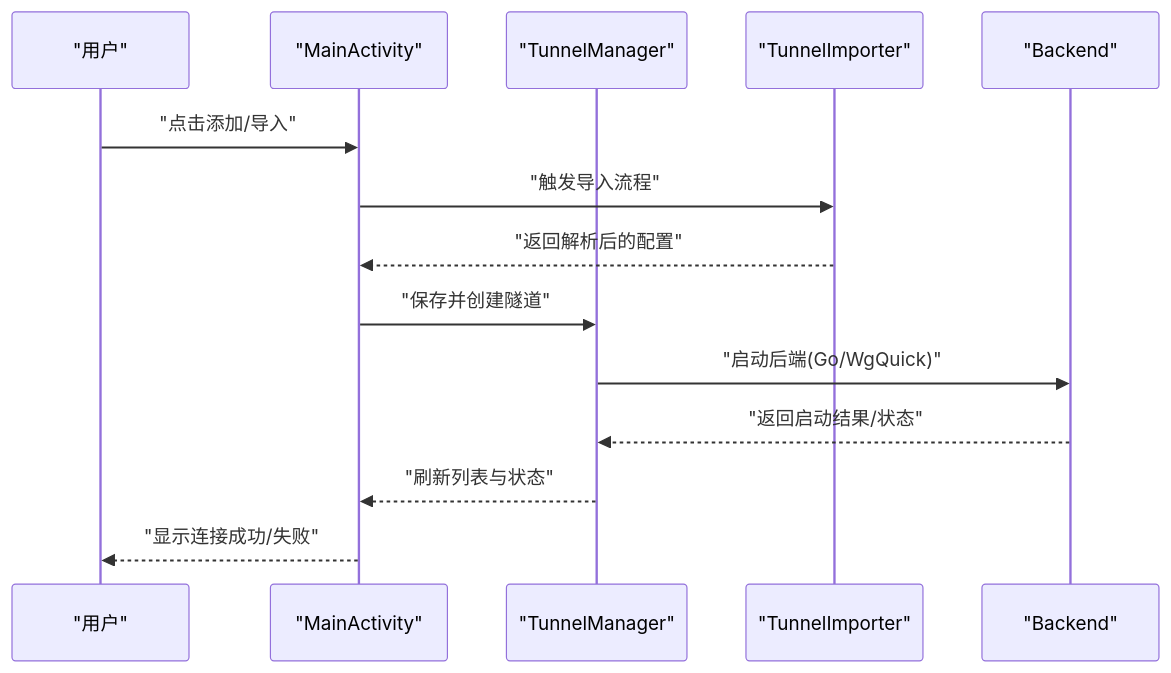
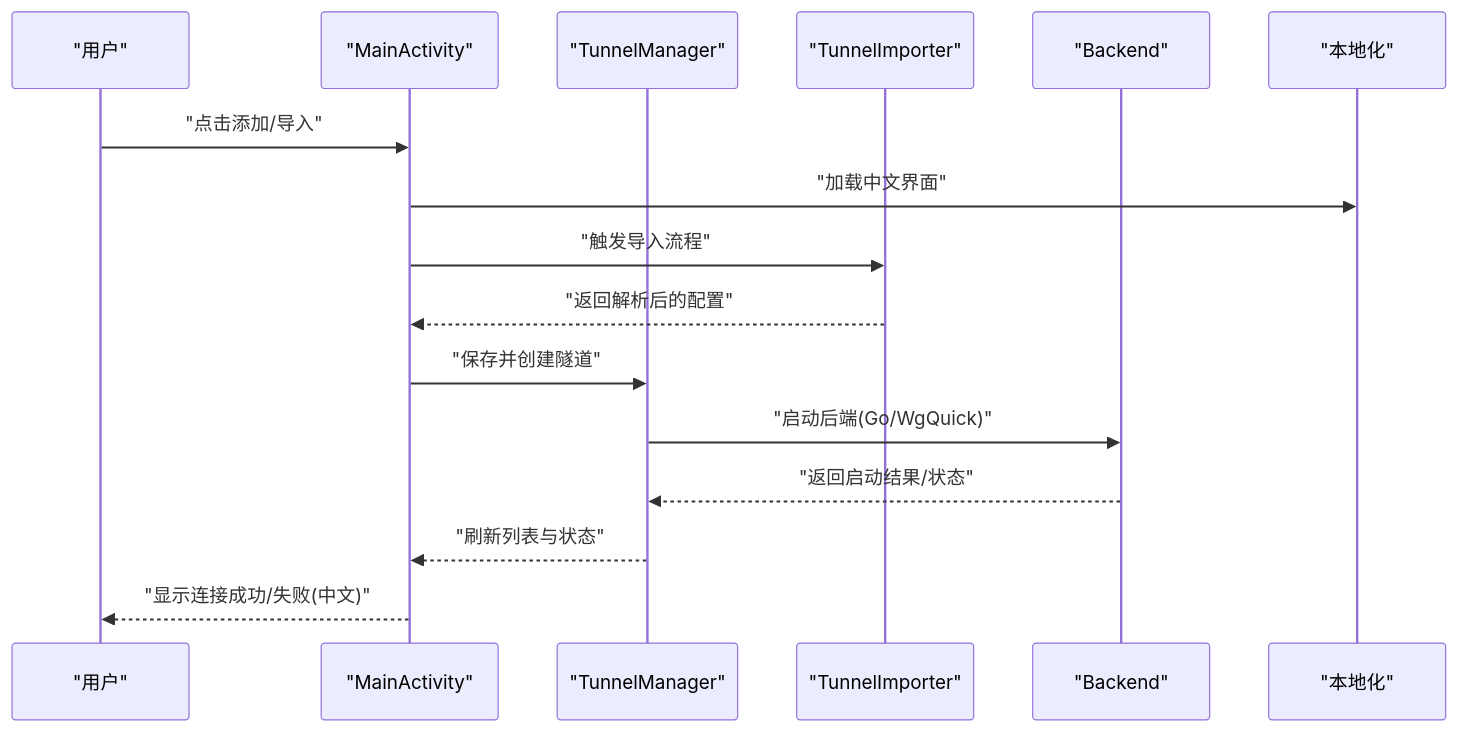
The seventh of 8 diagrams in .qoder/repowiki/zh/content/项目概述/项目介绍.md (tea4go/wireguard-android), drawn with Mermaid before and after one commit. The commit also changed other lines of this file and 4 other files, not shown here.

````diff
--- a/.qoder/repowiki/zh/content/项目概述/项目介绍.md
+++ b/.qoder/repowiki/zh/content/项目概述/项目介绍.md
@@ -265,16 +341,18 @@
 ```mermaid
 sequenceDiagram
 participant U as "用户"
 participant M as "MainActivity"
 participant TM as "TunnelManager"
 participant BI as "TunnelImporter"
 participant B as "Backend"
+participant L as "本地化"
 U->>M : "点击添加/导入"
+M->>L : "加载中文界面"
 M->>BI : "触发导入流程"
 BI-->>M : "返回解析后的配置"
 M->>TM : "保存并创建隧道"
 TM->>B : "启动后端(Go/WgQuick)"
 B-->>TM : "返回启动结果/状态"
 TM-->>M : "刷新列表与状态"
-M-->>U : "显示连接成功/失败"
+M-->>U : "显示连接成功/失败(中文)"
 ```
````
